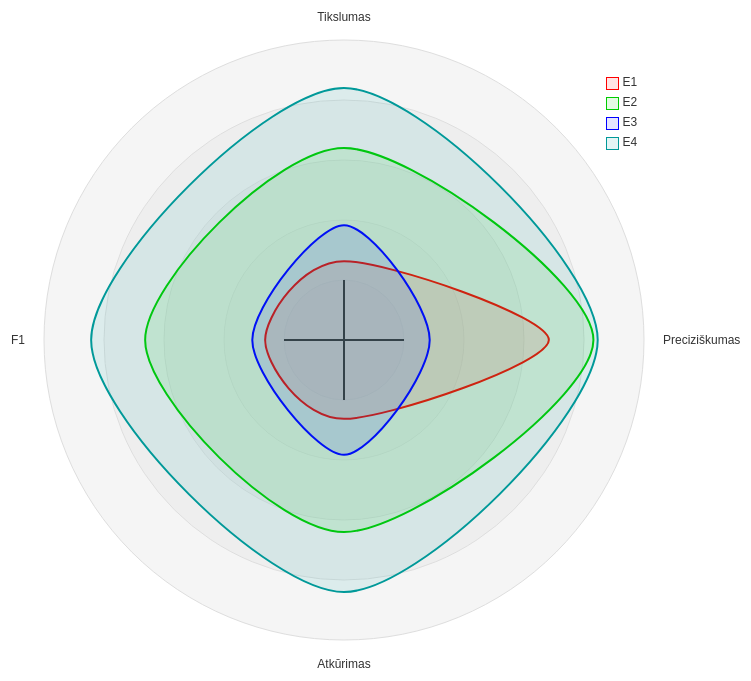
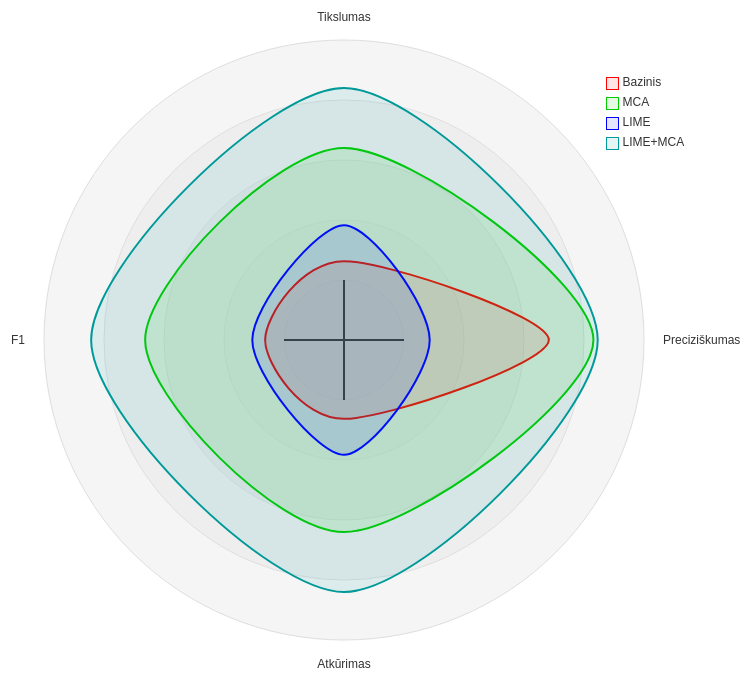
One commit to onlyidev/bachelor.thesis changed the diagram in diagrams/radar.mmd. Above: the diagram before and after it, drawn with Mermaid.

Commit message:
chore(slides): Add text to radar

```diff
--- a/diagrams/radar.mmd
+++ b/diagrams/radar.mmd
@@ -1,25 +1,25 @@
 ---
 config:
   radar:
     curveTension: 0.15
     axisScaleFactor: 0.2
   themeVariables:
     cScale0: "#FF0000"
     cScale1: "#00CC00"
     cScale2: "#0000FF "
     cScale3: "#009999 "
     radar:
       curveOpacity: 0.1
 id: c52ac12f-eb54-4a17-9739-6dcaabd8d4f7
 ---
 radar-beta
     axis a["Tikslumas"]
     axis p["Preciziškumas"], r["Atkūrimas"], f["F1"]
-    curve e1["E1"]{59.2, 73.9, 59.2, 59.2}
-    curve e2["E2"]{72.4, 79.1, 72.4, 73.2}
-    curve e3["E3"]{63.4, 60, 63.4, 60.7}
-    curve e4["E4"]{79.4, 79.6, 79.4, 79.5}
+    curve e1["Bazinis"]{59.2, 73.9, 59.2, 59.2}
+    curve e2["MCA"]{72.4, 79.1, 72.4, 73.2}
+    curve e3["LIME"]{63.4, 60, 63.4, 60.7}
+    curve e4["LIME+MCA"]{79.4, 79.6, 79.4, 79.5}
 
   max 85
   min 50
   %% graticule polygon
```
